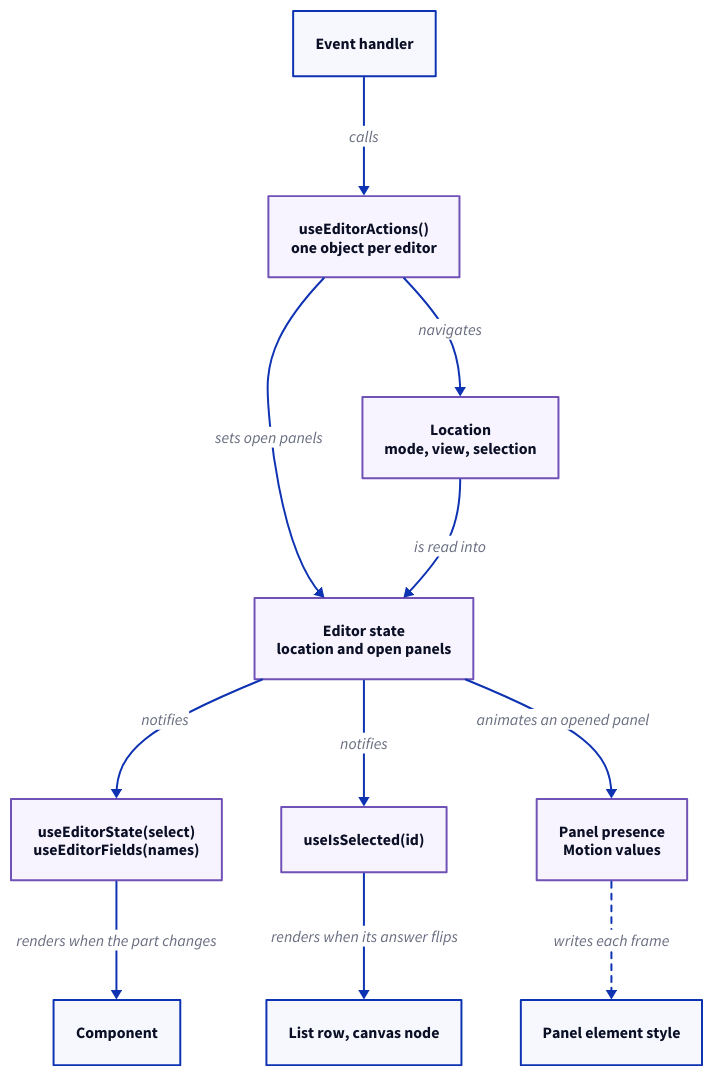
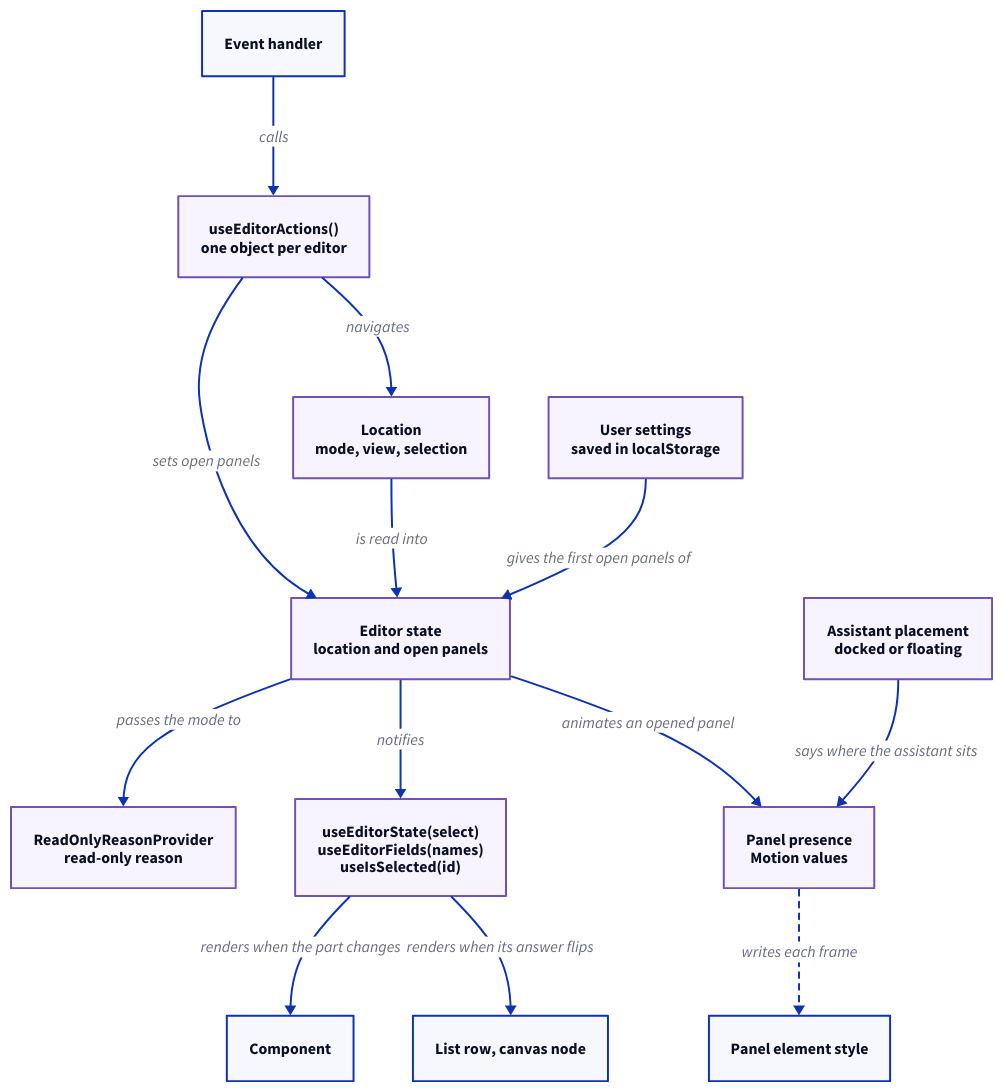
Before and after one commit to hashintel/hash: the diagram in libs/@hashintel/petrinaut/src/react/state/editor-state.d2, drawn with D2. The commit also changed 1 other file, not shown here.

Commit message:
FE-2319: Correct the editor state guide
Define the location, name the owner of the assistant's placement and of
the read-only action, and say which panels start from the settings.
State where the Simulate mode exception to read-only lives.

```diff
--- a/libs/@hashintel/petrinaut/src/react/state/editor-state.d2
+++ b/libs/@hashintel/petrinaut/src/react/state/editor-state.d2
@@ -1,37 +1,41 @@
 # Hand-written; rendered by the arch-docs build.
 direction: down
 
 vars: {
   d2-legend: {
     a -> b: renders through React
     a -> b: writes each frame {style.stroke-dash: 3}
     a.style.opacity: 0
     b.style.opacity: 0
   }
 }
 
 classes: {
   react: {style.fill: "#f7f4ff"; style.stroke: "#7051b5"}
 }
 
 handler: "Event handler"
 actions: "useEditorActions()\none object per editor" {class: react}
 location: "Location\nmode, view, selection" {class: react}
+settings: "User settings\nsaved in localStorage" {class: react}
 state: "Editor state\nlocation and open panels" {class: react}
-part: "useEditorState(select)\nuseEditorFields(names)" {class: react}
-selected: "useIsSelected(id)" {class: react}
+readonly: "ReadOnlyReasonProvider\nread-only reason" {class: react}
+part: "useEditorState(select)\nuseEditorFields(names)\nuseIsSelected(id)" {class: react}
 component: "Component"
 row: "List row, canvas node"
+placement: "Assistant placement\ndocked or floating" {class: react}
 presence: "Panel presence\nMotion values" {class: react}
 element: "Panel element style"
 
 handler -> actions: "calls"
 actions -> location: "navigates"
 actions -> state: "sets open panels"
 location -> state: "is read into"
+settings -> state: "gives the first open panels of"
+state -> readonly: "passes the mode to"
 state -> part: "notifies"
 part -> component: "renders when the part changes"
-state -> selected: "notifies"
-selected -> row: "renders when its answer flips"
+part -> row: "renders when its answer flips"
 state -> presence: "animates an opened panel"
+placement -> presence: "says where the assistant sits"
 presence -> element: "writes each frame" {style.stroke-dash: 3}
```
